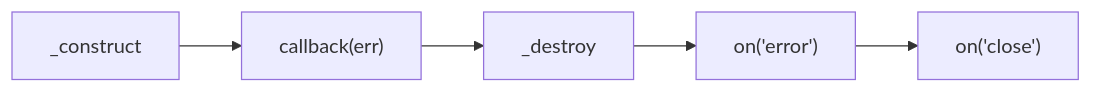
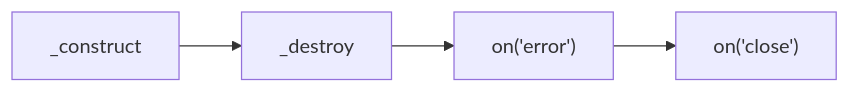
Before and after one commit to samuel871211/yusheng-tech-blog: the first of 2 diagrams in docs/nodejs/stream-writable-2.md, drawn with Mermaid. The commit also changed other lines of this file and 2 other files, not shown here.

````diff
--- a/docs/nodejs/stream-writable-2.md
+++ b/docs/nodejs/stream-writable-2.md
@@ -304,7 +304,6 @@
 ```mermaid
 flowchart LR
-    A[_construct] --> E["callback(err)"]
-    E --> F[_destroy]
+    A["_construct"] --> F[_destroy]
     F --> G["on('error')"]
     G --> H["on('close')"]
 ```
````
